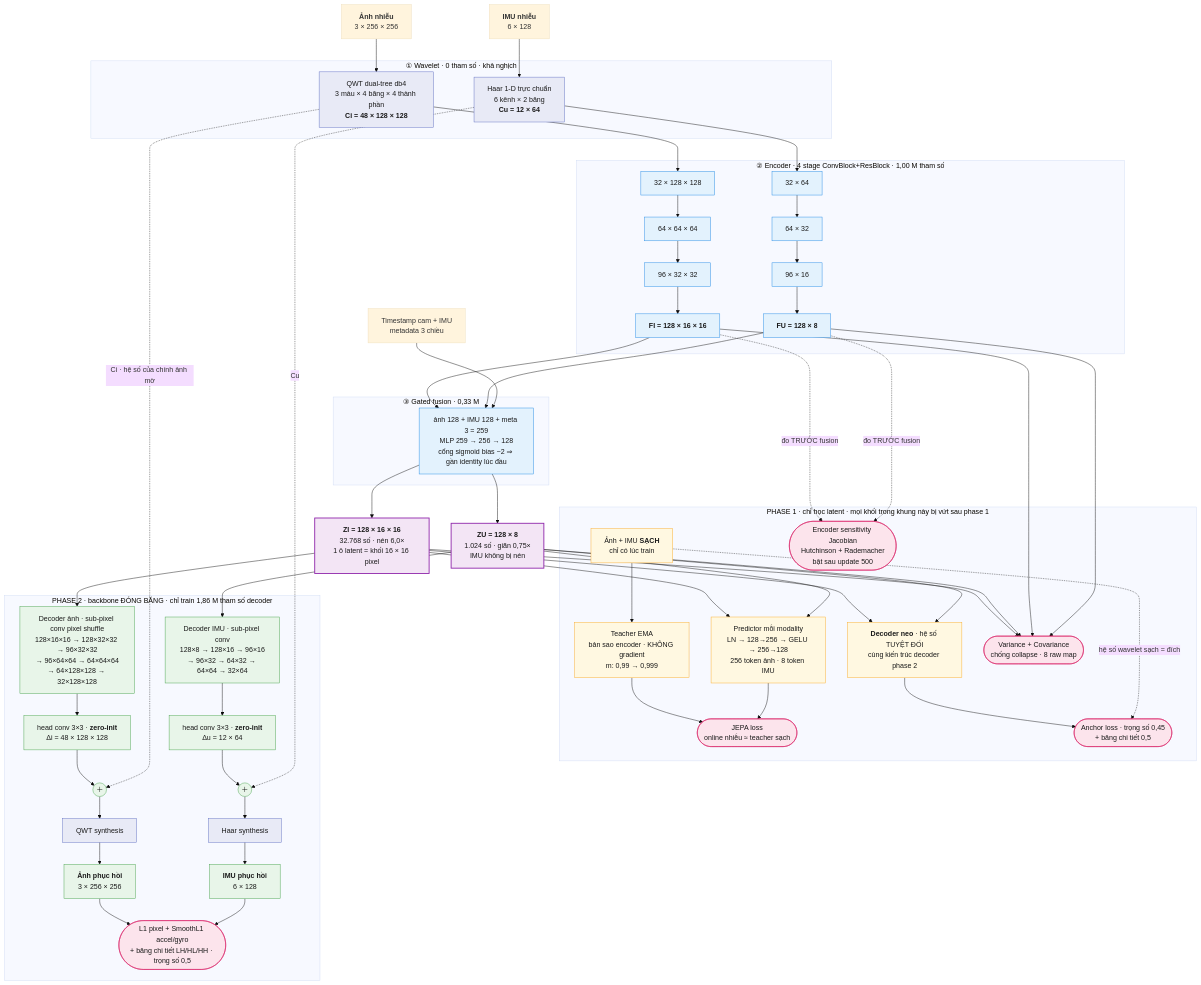
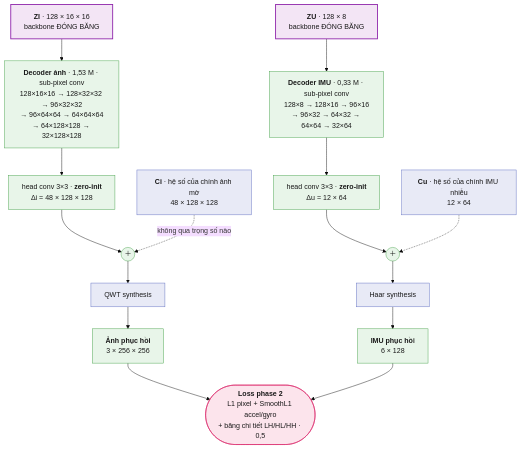
The fourth of 4 diagrams in README.md (leesanghyoek/qwt_jepa_ver3), drawn with Mermaid (base theme) before and after one commit. The commit also changed other lines of this file, not shown here.

Commit message:
Split the architecture diagram in three so GitHub renders it readably
GitHub scales a mermaid diagram down to the page width, so the single full-model
diagram arrived too small to read - complete but useless, which is worse than
less detail. Split it along the seam the model already has: the shared backbone,
what phase 1 attaches to the latent, and what phase 2 does with it. Each one now
renders at a size where the shapes on the nodes are legible, and no content was
dropped in the split.

Point readers at mermaid.live for zooming, since that works for any of the
three.

All three validated through mermaid's parser. The validator had a hardcoded
input path, so its first three "OK" results were all the same file; fixed to read
argv before trusting them.

````diff
--- a/README.md
+++ b/README.md
@@ -58,83 +126,30 @@
 ```mermaid
 flowchart TB
-    XN["<b>Ảnh nhiễu</b><br/>3 × 256 × 256"]
-    UN["<b>IMU nhiễu</b><br/>6 × 128"]
-    TM["Timestamp cam + IMU<br/>metadata 3 chiều"]
-
-    subgraph S1["① Wavelet · 0 tham số · khả nghịch"]
-        QW["QWT dual-tree db4<br/>3 màu × 4 băng × 4 thành phần<br/><b>Ci = 48 × 128 × 128</b>"]
-        HA["Haar 1-D trực chuẩn<br/>6 kênh × 2 băng<br/><b>Cu = 12 × 64</b>"]
-    end
-
-    subgraph S2["② Encoder · 4 stage ConvBlock+ResBlock · 1,00 M tham số"]
-        EI0["32 × 128 × 128"] --> EI1["64 × 64 × 64"] --> EI2["96 × 32 × 32"] --> EI3["<b>FI = 128 × 16 × 16</b>"]
-        EU0["32 × 64"] --> EU1["64 × 32"] --> EU2["96 × 16"] --> EU3["<b>FU = 128 × 8</b>"]
-    end
-
-    subgraph S3["③ Gated fusion · 0,33 M"]
-        FS["ảnh 128 + IMU 128 + meta 3 = 259<br/>MLP 259 → 256 → 128<br/>cổng sigmoid bias −2 ⇒ gần identity lúc đầu"]
-    end
-
-    ZI["<b>ZI = 128 × 16 × 16</b><br/>32.768 số · nén 6,0×<br/>1 ô latent = khối 16 × 16 pixel"]
-    ZU["<b>ZU = 128 × 8</b><br/>1.024 số · giãn 0,75×<br/>IMU không bị nén"]
-
-    XN --> QW --> EI0
-    UN --> HA --> EU0
-    EI3 & EU3 & TM --> FS
-    FS --> ZI & ZU
-
-    subgraph P1["PHASE 1 · chỉ học latent · mọi khối trong khung này bị vứt sau phase 1"]
-        CLEAN["Ảnh + IMU <b>SẠCH</b><br/>chỉ có lúc train"]
-        TE["Teacher EMA<br/>bản sao encoder · KHÔNG gradient<br/>m: 0,99 → 0,999"]
-        PR["Predictor mỗi modality<br/>LN → 128→256 → GELU → 256→128<br/>256 token ảnh · 8 token IMU"]
-        AN["<b>Decoder neo</b> · hệ số TUYỆT ĐỐI<br/>cùng kiến trúc decoder phase 2"]
-        JE(["JEPA loss<br/>online nhiễu ≈ teacher sạch"])
-        VC(["Variance + Covariance<br/>chống collapse · 8 raw map"])
-        JA(["Encoder sensitivity Jacobian<br/>Hutchinson + Rademacher<br/>bật sau update 500"])
-        ANL(["Anchor loss · trọng số 0,45<br/>+ băng chi tiết 0,5"])
-        CLEAN --> TE --> JE
-        PR --> JE
-        AN --> ANL
-        CLEAN -. "hệ số wavelet sạch = đích" .-> ANL
-    end
-
-    ZI & ZU --> PR
-    ZI & ZU --> AN
-    ZI & ZU --> VC
-    EI3 & EU3 -. "đo TRƯỚC fusion" .-> JA
-    EI3 & EU3 --> VC
-
-    subgraph P2["PHASE 2 · backbone ĐÓNG BĂNG · chỉ train 1,86 M tham số decoder"]
-        DI["Decoder ảnh · sub-pixel conv pixel shuffle<br/>128×16×16 → 128×32×32 → 96×32×32<br/>→ 96×64×64 → 64×64×64<br/>→ 64×128×128 → 32×128×128"]
-        DU["Decoder IMU · sub-pixel conv<br/>128×8 → 128×16 → 96×16<br/>→ 96×32 → 64×32 → 64×64 → 32×64"]
-        HI["head conv 3×3 · <b>zero-init</b><br/>Δi = 48 × 128 × 128"]
-        HU["head conv 3×3 · <b>zero-init</b><br/>Δu = 12 × 64"]
-        PI(("＋"))
-        PU(("＋"))
-        SI["QWT synthesis"]
-        SU["Haar synthesis"]
-        OI["<b>Ảnh phục hồi</b><br/>3 × 256 × 256"]
-        OU["<b>IMU phục hồi</b><br/>6 × 128"]
-        L1(["L1 pixel + SmoothL1 accel/gyro<br/>+ băng chi tiết LH/HL/HH · trọng số 0,5"])
-        DI --> HI --> PI --> SI --> OI --> L1
-        DU --> HU --> PU --> SU --> OU --> L1
-    end
-
-    ZI --> DI
-    ZU --> DU
-    QW -. "Ci · hệ số của chính ảnh mờ" .-> PI
-    HA -. "Cu" .-> PU
-
+    ZI["<b>ZI</b> · 128 × 16 × 16<br/>backbone ĐÓNG BĂNG"]
+    ZU["<b>ZU</b> · 128 × 8<br/>backbone ĐÓNG BĂNG"]
+    DI["<b>Decoder ảnh</b> · 1,53 M · sub-pixel conv<br/>128×16×16 → 128×32×32 → 96×32×32<br/>→ 96×64×64 → 64×64×64<br/>→ 64×128×128 → 32×128×128"]
+    DU["<b>Decoder IMU</b> · 0,33 M · sub-pixel conv<br/>128×8 → 128×16 → 96×16<br/>→ 96×32 → 64×32 → 64×64 → 32×64"]
+    HI["head conv 3×3 · <b>zero-init</b><br/>Δi = 48 × 128 × 128"]
+    HU["head conv 3×3 · <b>zero-init</b><br/>Δu = 12 × 64"]
+    CI["<b>Ci</b> · hệ số của chính ảnh mờ<br/>48 × 128 × 128"]
+    CU["<b>Cu</b> · hệ số của chính IMU nhiễu<br/>12 × 64"]
+    PI(("＋"))
+    PU(("＋"))
+    SI["QWT synthesis"]
+    SU["Haar synthesis"]
+    OI["<b>Ảnh phục hồi</b><br/>3 × 256 × 256"]
+    OU["<b>IMU phục hồi</b><br/>6 × 128"]
+    L1(["<b>Loss phase 2</b><br/>L1 pixel + SmoothL1 accel/gyro<br/>+ băng chi tiết LH/HL/HH · 0,5"])
+    ZI --> DI --> HI --> PI --> SI --> OI --> L1
+    ZU --> DU --> HU --> PU --> SU --> OU --> L1
+    CI -. "không qua trọng số nào" .-> PI
+    CU -.-> PU
     classDef tf fill:#e8eaf6,stroke:#5c6bc0,color:#1a1a1a
-    classDef bb fill:#e3f2fd,stroke:#1e88e5,color:#1a1a1a
     classDef lat fill:#f3e5f5,stroke:#8e24aa,stroke-width:2px,color:#1a1a1a
-    classDef p1 fill:#fff8e1,stroke:#f9a825,color:#1a1a1a
     classDef p2 fill:#e8f5e9,stroke:#43a047,color:#1a1a1a
     classDef loss fill:#fce4ec,stroke:#d81b60,color:#1a1a1a
-    class QW,HA,SI,SU tf
-    class EI0,EI1,EI2,EI3,EU0,EU1,EU2,EU3,FS bb
     class ZI,ZU lat
-    class CLEAN,TE,PR,AN p1
+    class CI,CU,SI,SU tf
     class DI,DU,HI,HU,PI,PU,OI,OU p2
-    class JE,VC,JA,ANL,L1 loss
+    class L1 loss
 ```
````
